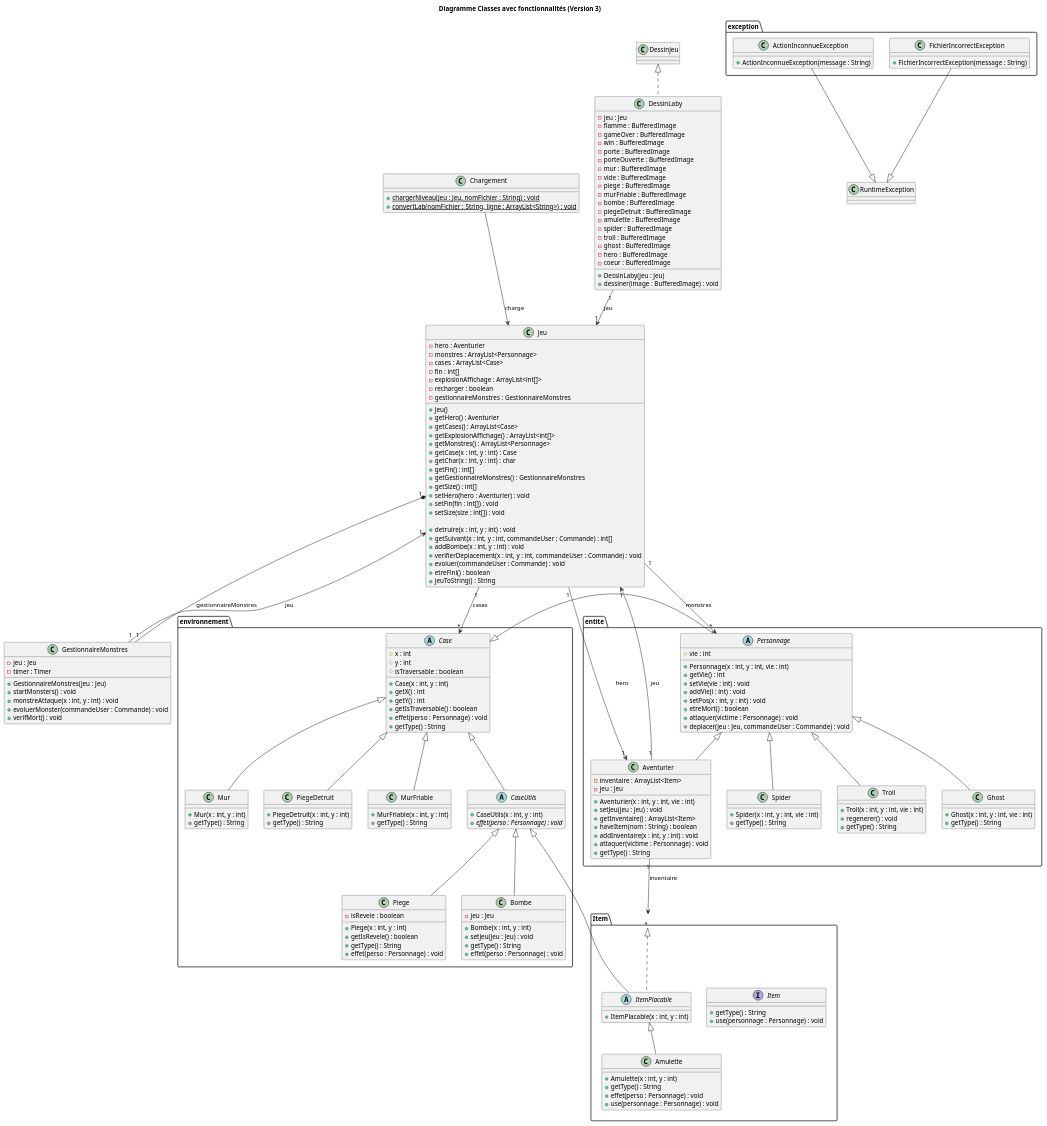
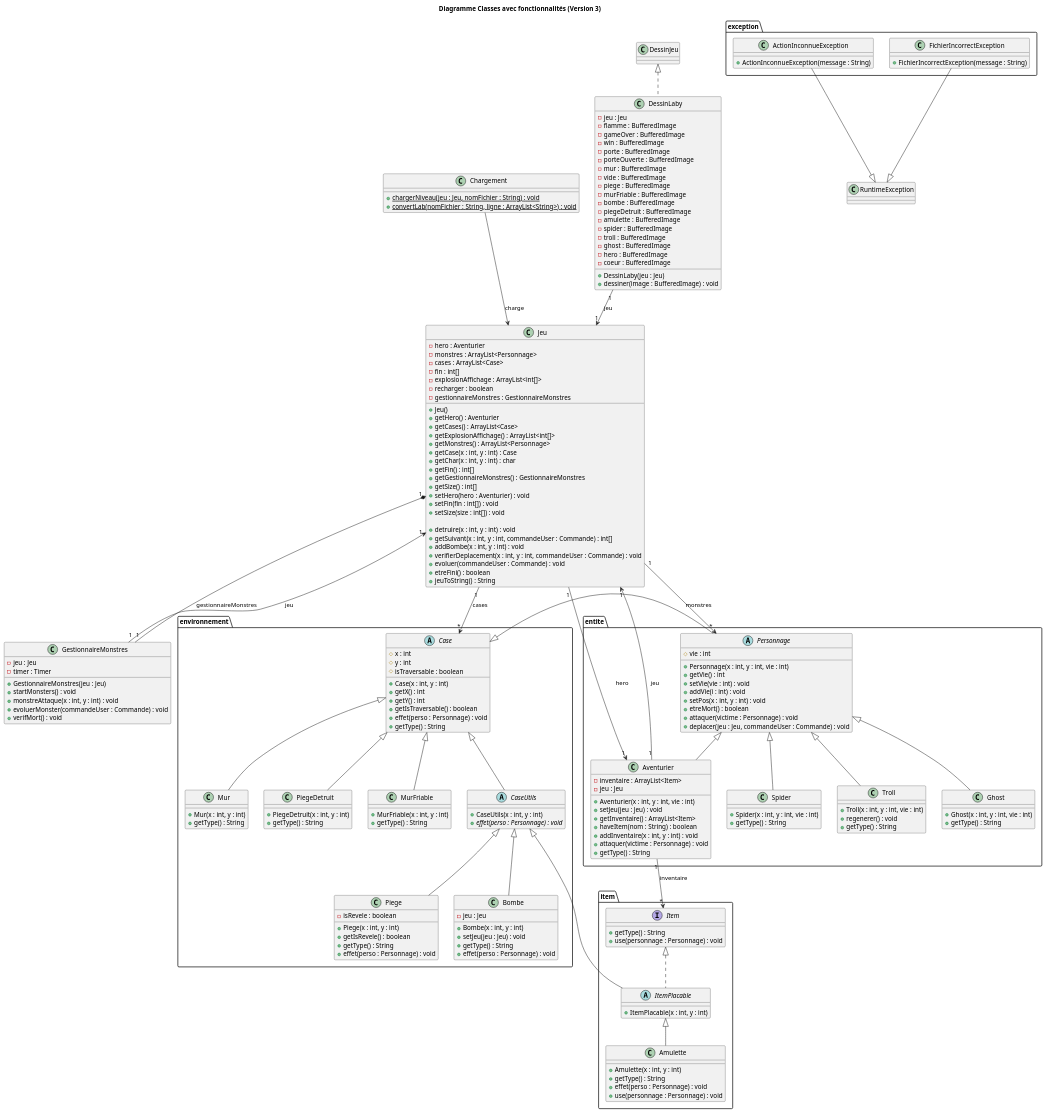
One commit to lucas-martinati-pro/SAE_S2.01_Zeldiablo-LucasM_JeanLM_PierreGSV changed the diagram in documents/version_3/Diagramme Classes avec fonctionnalités.puml. Above: the diagram before and after it, drawn with PlantUML. The commit also changed 8 other files, not shown here.

Commit message:
add: Diagramme de classes v3

```diff
--- a/documents/version_3/Diagramme Classes avec fonctionnalités.puml
+++ b/documents/version_3/Diagramme Classes avec fonctionnalités.puml
@@ -170,7 +170,7 @@
     }
 }
 
-package "Item" {
+package "item" {
     interface Item {
         + getType() : String
         + use(personnage : Personnage) : void
@@ -211,8 +211,8 @@
 CaseUtils <|-- Bombe
 CaseUtils <|-- ItemPlacable
 
+ItemPlacable <|-- Amulette
 Item <|.. ItemPlacable
-ItemPlacable <|-- Amulette
 
 Personnage <|-- Aventurier
 Personnage <|-- Spider
```
